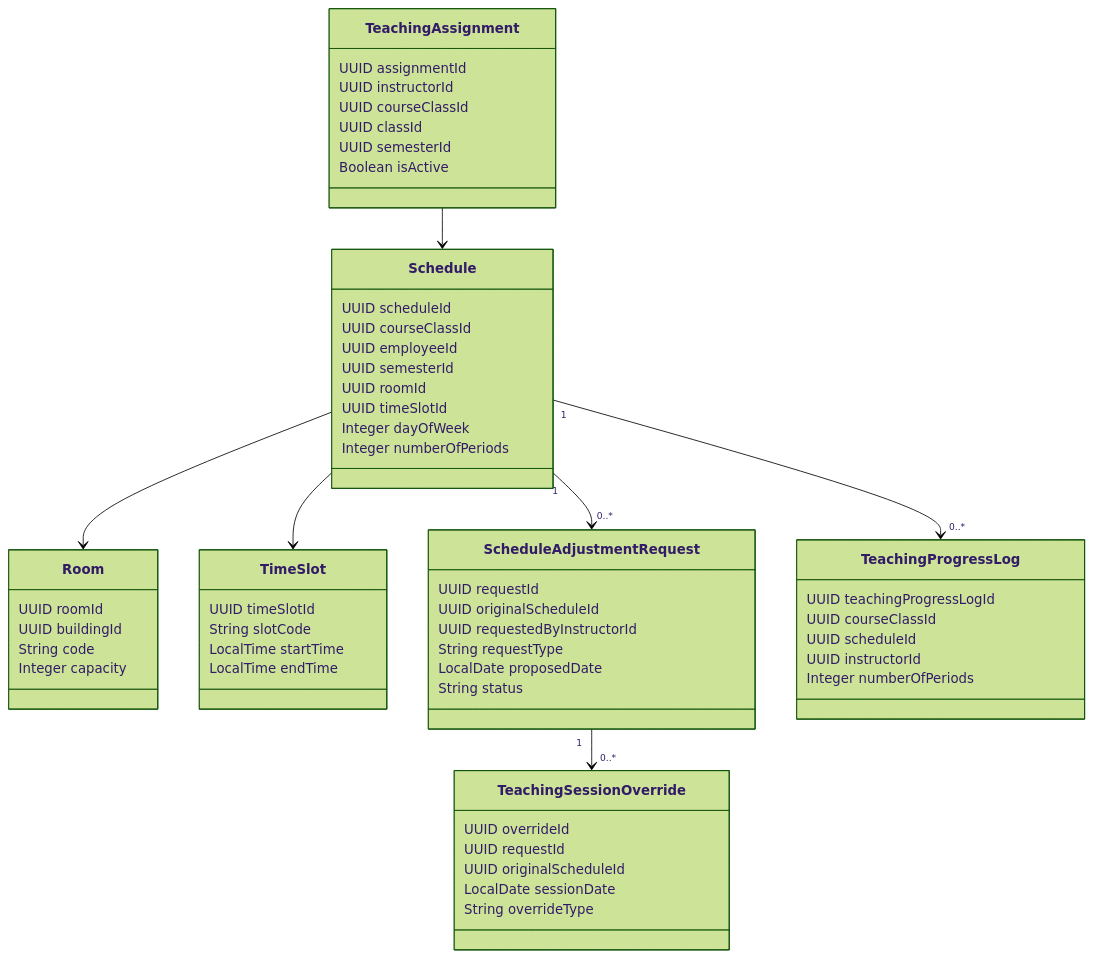
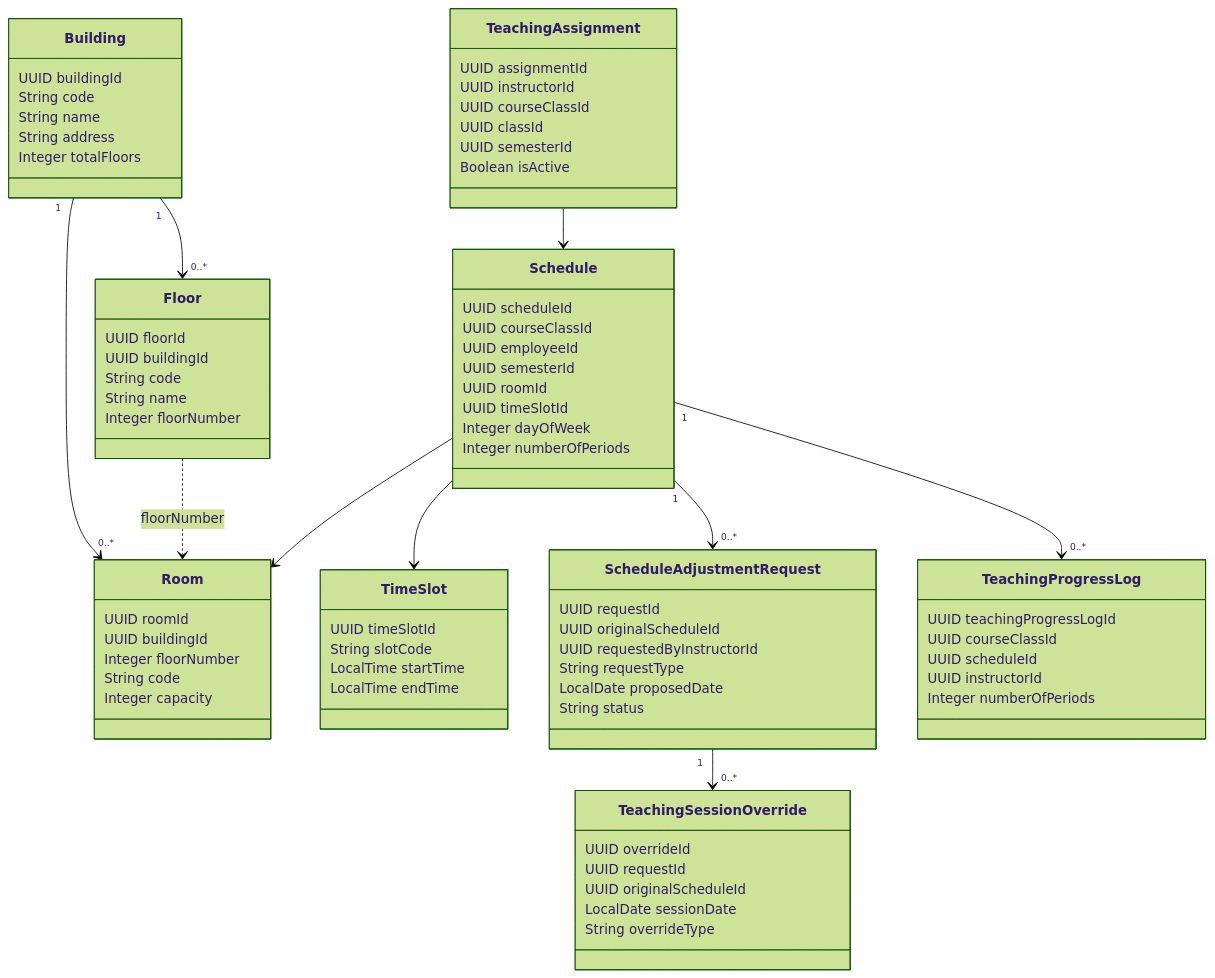
Before and after one commit to NguyenThoNgocIT/ems_educations: diagram 29 of 30 in backend/docs/20260529_chapter2_system_analysis_design.md, drawn with Mermaid (forest theme). The commit also changed other lines of this file and 1 other file, not shown here.

```diff
--- a/backend/docs/20260529_chapter2_system_analysis_design.md
+++ b/backend/docs/20260529_chapter2_system_analysis_design.md
@@ -1259,8 +1705,25 @@
     class Room {
         UUID roomId
         UUID buildingId
+        Integer floorNumber
         String code
         Integer capacity
+    }
+
+    class Building {
+        UUID buildingId
+        String code
+        String name
+        String address
+        Integer totalFloors
+    }
+
+    class Floor {
+        UUID floorId
+        UUID buildingId
+        String code
+        String name
+        Integer floorNumber
     }
 
     class TimeSlot {
@@ -1296,6 +1759,9 @@
     }
 
     TeachingAssignment --> Schedule
+    Building "1" --> "0..*" Floor
+    Building "1" --> "0..*" Room
+    Floor ..> Room : floorNumber
     Schedule --> Room
     Schedule --> TimeSlot
     Schedule "1" --> "0..*" ScheduleAdjustmentRequest
```
